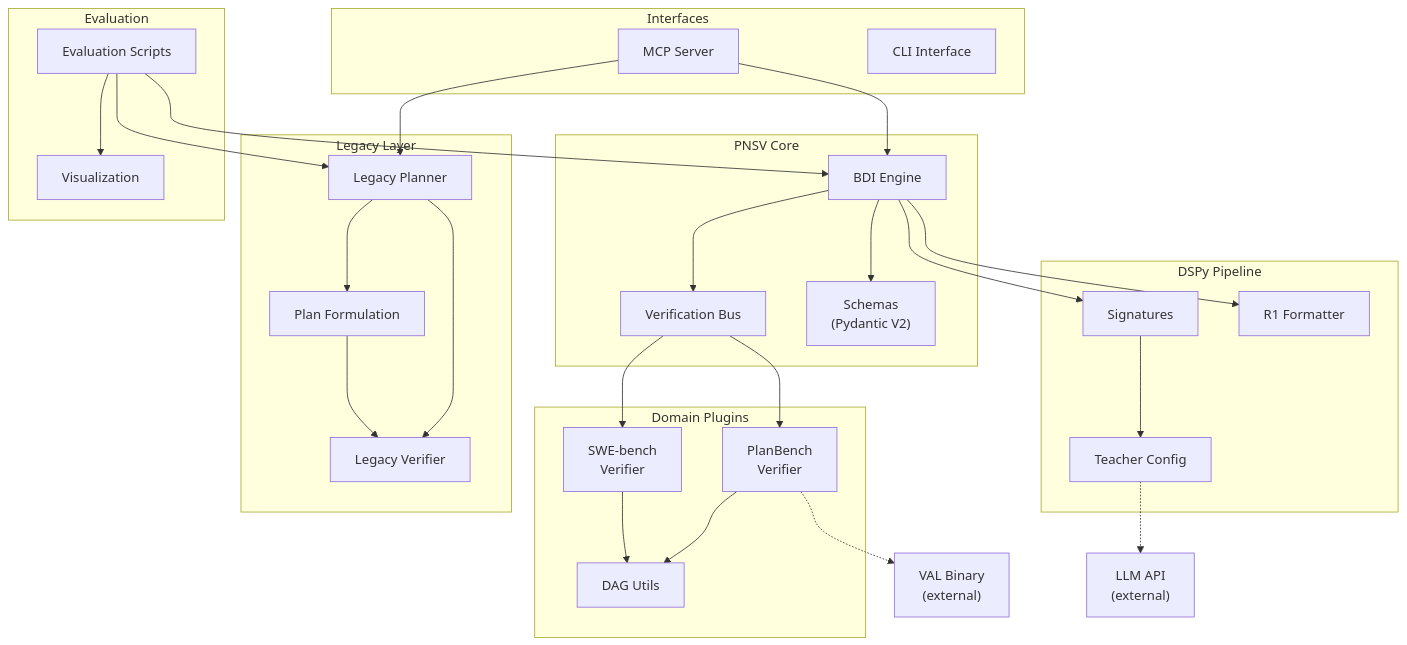
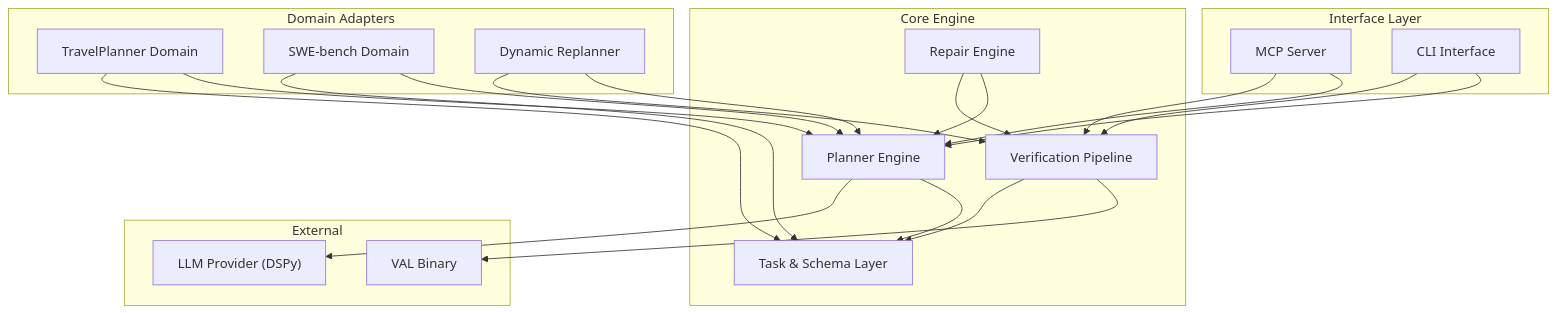
One commit to alexj11324/BDI_LLM_Formal_Ver changed the diagram in docs/c4/c4-component.md. Above: the diagram before and after it, drawn with Mermaid. The commit also changed other lines of this file and 26 other files, not shown here.

````diff
--- a/docs/c4/c4-component.md
+++ b/docs/c4/c4-component.md
@@ -17,57 +20,44 @@
 ```mermaid
 graph TD
-    subgraph "PNSV Core"
-        ENGINE["BDI Engine"]
-        VBUS["Verification Bus"]
-        SCHEMAS["Schemas<br/>(Pydantic V2)"]
-    end
-
-    subgraph "Domain Plugins"
-        PB["PlanBench<br/>Verifier"]
-        SWE["SWE-bench<br/>Verifier"]
-        DAG["DAG Utils"]
-    end
-
-    subgraph "DSPy Pipeline"
-        SIG["Signatures"]
-        TC["Teacher Config"]
-        R1["R1 Formatter"]
-    end
-
-    subgraph "Legacy Layer"
-        LP["Legacy Planner"]
-        LV["Legacy Verifier"]
-        LR["Plan Formulation"]
-    end
-
-    subgraph "Interfaces"
+    subgraph "Interface Layer"
         MCP["MCP Server"]
         CLI["CLI Interface"]
     end
 
-    subgraph "Evaluation"
-        EVAL["Evaluation Scripts"]
-        VIS["Visualization"]
+    subgraph "Core Engine"
+        PE["Planner Engine"]
+        VP["Verification Pipeline"]
+        RE["Repair Engine"]
+        TS["Task & Schema Layer"]
     end
 
-    ENGINE --> VBUS
-    ENGINE --> SCHEMAS
-    ENGINE --> SIG
-    VBUS --> PB
-    VBUS --> SWE
-    PB --> DAG
-    SWE --> DAG
-    SIG --> TC
-    ENGINE --> R1
-    MCP --> ENGINE
-    MCP --> LP
-    EVAL --> LP
-    EVAL --> ENGINE
-    LP --> LV
-    LP --> LR
-    LR --> LV
-    EVAL --> VIS
+    subgraph "Domain Adapters"
+        TP["TravelPlanner Domain"]
+        SW["SWE-bench Domain"]
+        DR["Dynamic Replanner"]
+    end
 
-    PB -.-> VAL["VAL Binary<br/>(external)"]
-    TC -.-> LLM["LLM API<br/>(external)"]
+    subgraph "External"
+        LLM["LLM Provider (DSPy)"]
+        VAL["VAL Binary"]
+    end
+
+    MCP --> PE
+    MCP --> VP
+    CLI --> PE
+    CLI --> VP
+
+    PE --> TS
+    PE --> LLM
+    VP --> VAL
+    VP --> TS
+    RE --> PE
+    RE --> VP
+
+    TP --> PE
+    TP --> TS
+    SW --> PE
+    SW --> TS
+    DR --> PE
+    DR --> VP
 ```
````
